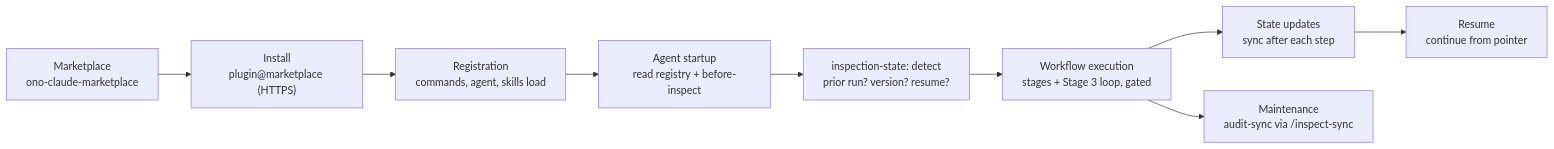
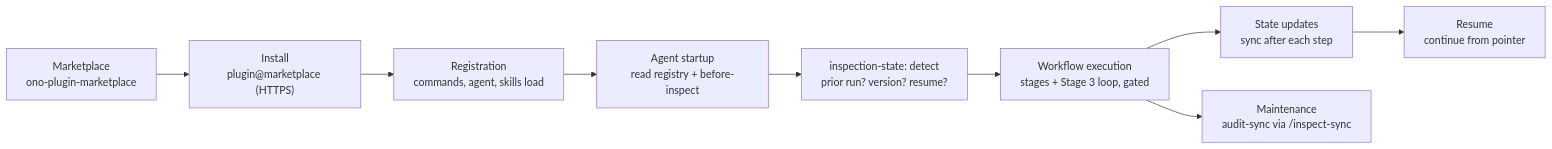
The fourth of 6 diagrams in docs/architecture/PLATFORM_ARCHITECTURE.md (appsadmin-design/ono-plugin-project-inspector), drawn with Mermaid before and after one commit. The commit also changed other lines of this file and 1 other file, not shown here.

````diff
--- a/docs/architecture/PLATFORM_ARCHITECTURE.md
+++ b/docs/architecture/PLATFORM_ARCHITECTURE.md
@@ -302,11 +302,11 @@
 ```mermaid
 flowchart LR
-    M["Marketplace<br/>ono-claude-marketplace"] --> I["Install<br/>plugin@marketplace (HTTPS)"]
+    M["Marketplace<br/>ono-plugin-marketplace"] --> I["Install<br/>plugin@marketplace (HTTPS)"]
     I --> R["Registration<br/>commands, agent, skills load"]
     R --> S["Agent startup<br/>read registry + before-inspect"]
     S --> DS["inspection-state: detect<br/>prior run? version? resume?"]
     DS --> W["Workflow execution<br/>stages + Stage 3 loop, gated"]
     W --> U["State updates<br/>sync after each step"]
     U --> RES["Resume<br/>continue from pointer"]
     W --> MNT["Maintenance<br/>audit-sync via /inspect-sync"]
 ```
````
